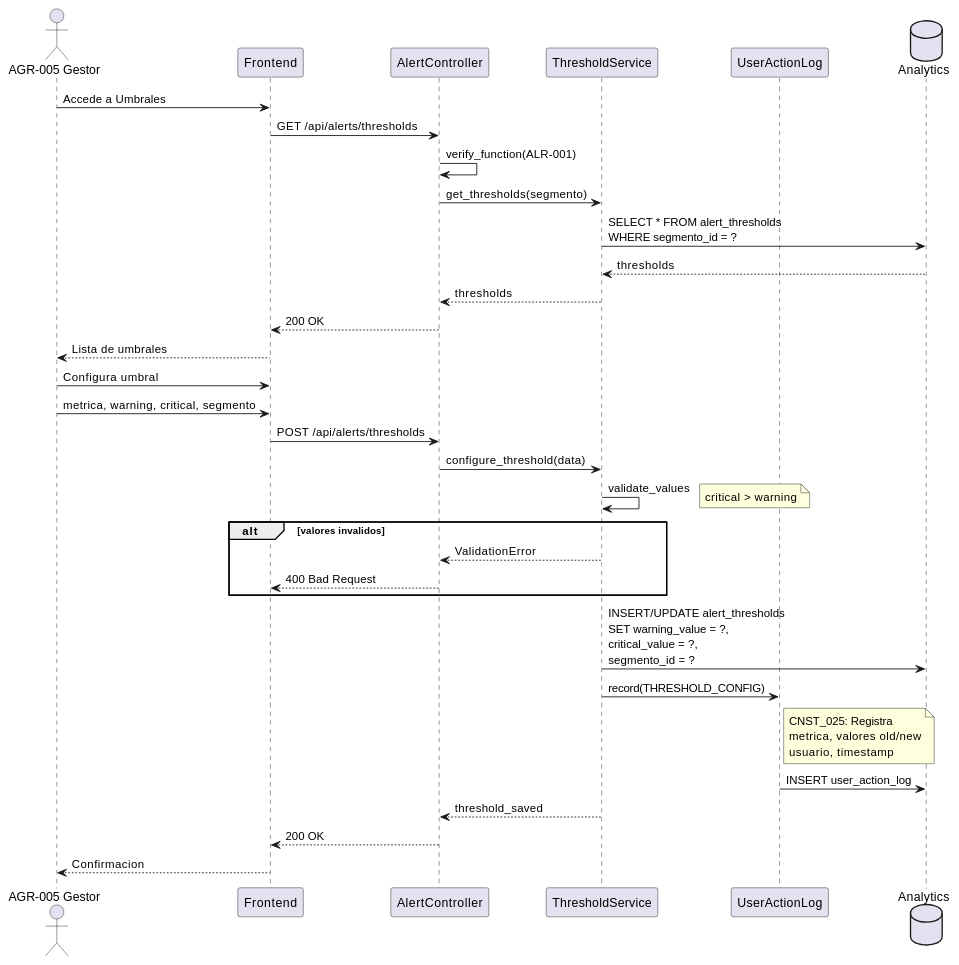
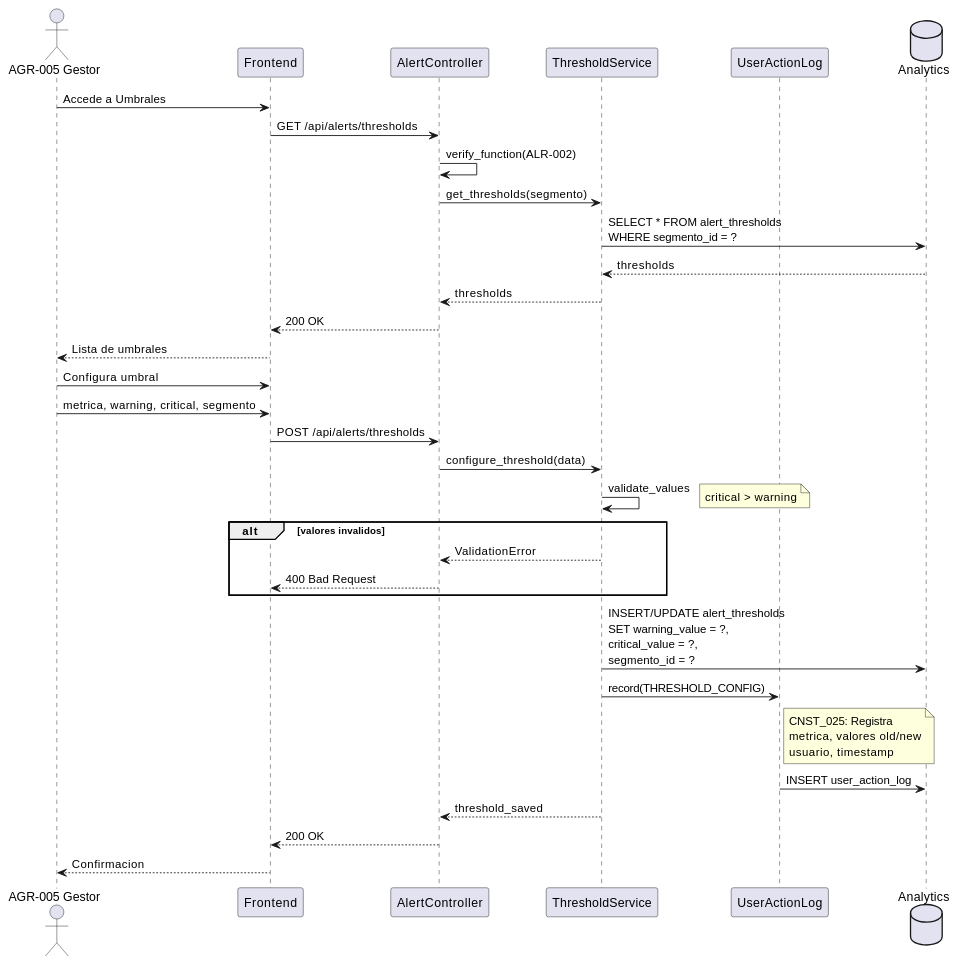
The second of 3 diagrams in source/requisitos/casos-uso/alerts/uc-alr-01-configurar-umbrales.rst (jcg-admin/IACT-docs), drawn with PlantUML before and after one commit. The commit also changed other lines of this file and 8 other files, not shown here.

```diff
--- a/source/requisitos/casos-uso/alerts/uc-alr-01-configurar-umbrales.rst
+++ b/source/requisitos/casos-uso/alerts/uc-alr-01-configurar-umbrales.rst
@@ -185,48 +185,48 @@
 .. uml::
  :caption: Diagrama de Secuencia - UC_ALR_01
 
  @startuml
  actor "AGR-005 Gestor" as G
  participant "Frontend" as FE
  participant "AlertController" as AC
  participant "ThresholdService" as TS
  participant "UserActionLog" as UAL
  database "Analytics" as DB
 
  G -> FE: Accede a Umbrales
  FE -> AC: GET /api/alerts/thresholds
- AC -> AC: verify_function(ALR-001)
+ AC -> AC: verify_function(ALR-002)
  AC -> TS: get_thresholds(segmento)
  TS -> DB: SELECT * FROM alert_thresholds\nWHERE segmento_id = ?
  DB --> TS: thresholds
  TS --> AC: thresholds
  AC --> FE: 200 OK
  FE --> G: Lista de umbrales
 
  G -> FE: Configura umbral
  G -> FE: metrica, warning, critical, segmento
  FE -> AC: POST /api/alerts/thresholds
  AC -> TS: configure_threshold(data)
 
  TS -> TS: validate_values
  note right: critical > warning
 
  alt valores invalidos
  TS --> AC: ValidationError
  AC --> FE: 400 Bad Request
  end
 
  TS -> DB: INSERT/UPDATE alert_thresholds\nSET warning_value = ?,\ncritical_value = ?,\nsegmento_id = ?
 
  TS -> UAL: record(THRESHOLD_CONFIG)
  note right of UAL
  CNST_025: Registra
  metrica, valores old/new
  usuario, timestamp
  end note
  UAL -> DB: INSERT user_action_log
 
  TS --> AC: threshold_saved
  AC --> FE: 200 OK
  FE --> G: Confirmacion
  @enduml
```
